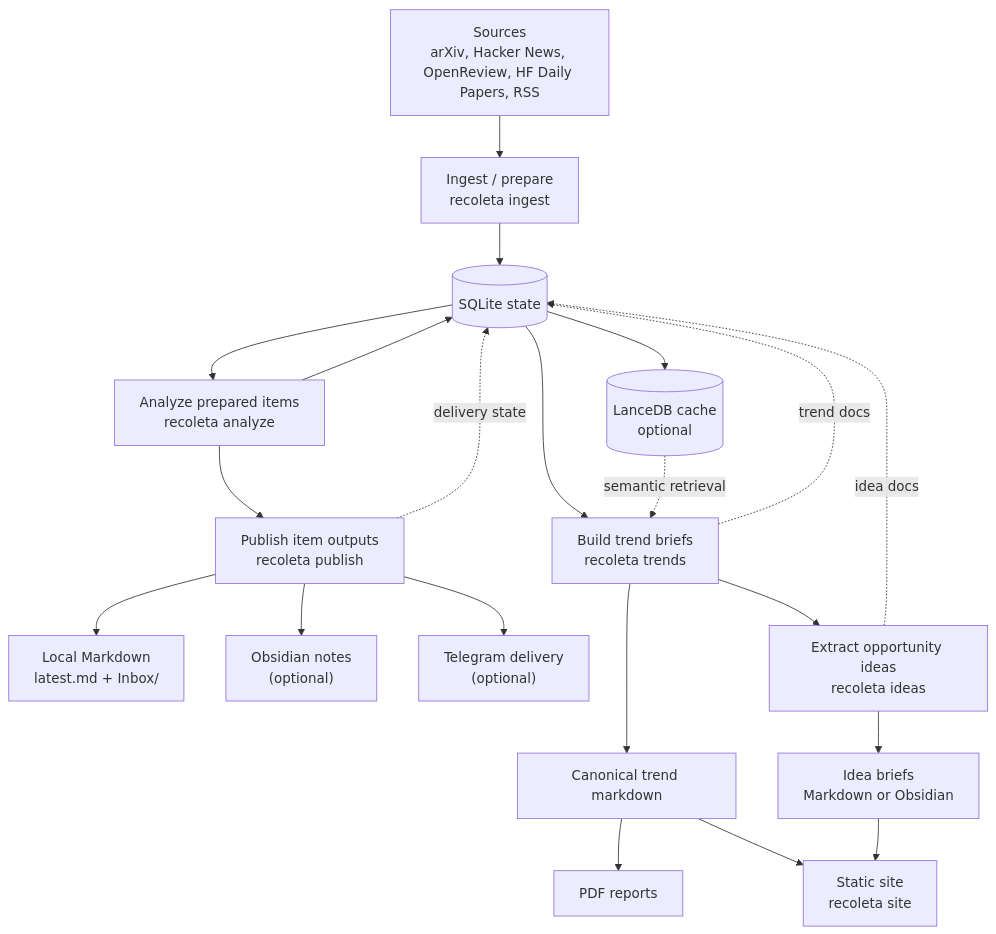
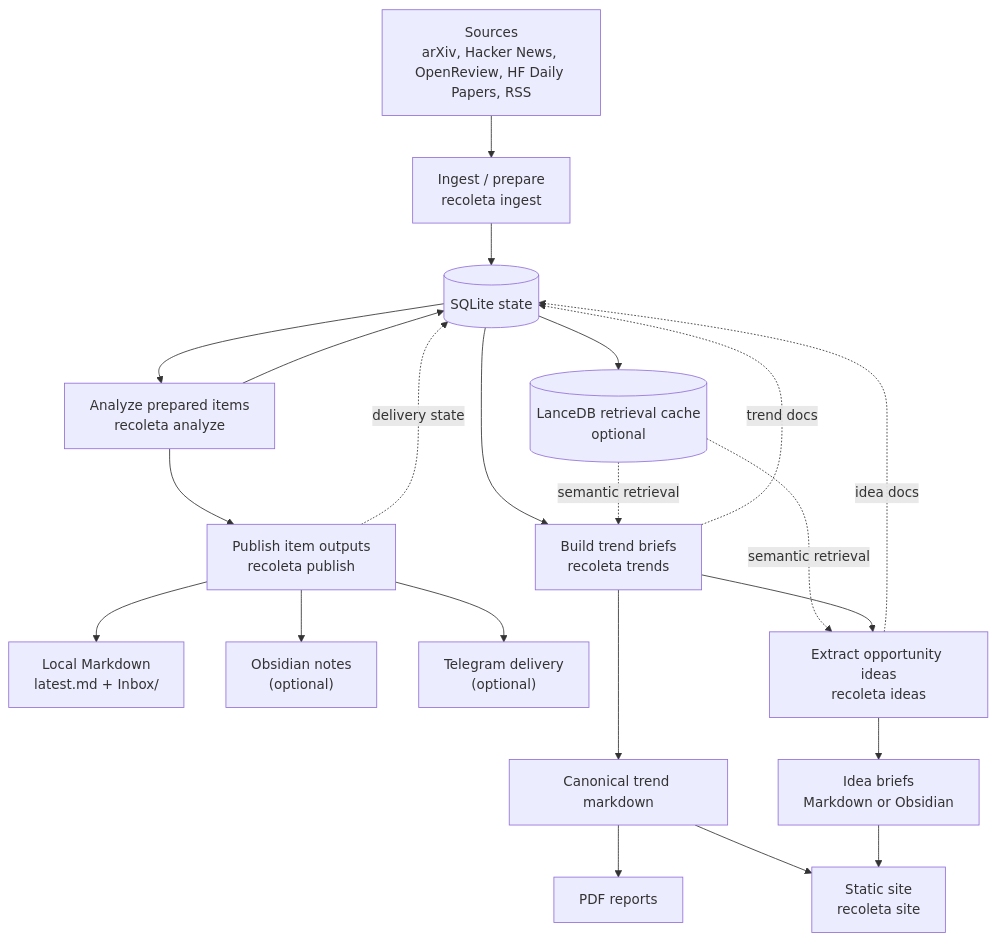
The diagram in README.md (NeapolitanIcecream/recoleta), drawn with Mermaid before and after one commit. The commit also changed other lines of this file, not shown here.

Commit message:
docs(readme): show ideas retrieval via lancedb

````diff
--- a/README.md
+++ b/README.md
@@ -46,27 +46,28 @@
 ```mermaid
 flowchart TB
   Sources["Sources<br/>arXiv, Hacker News, OpenReview, HF Daily Papers, RSS"] --> Ingest["Ingest / prepare<br/>recoleta ingest"]
   Ingest --> SQLite[(SQLite state)]
 
   SQLite --> Analyze["Analyze prepared items<br/>recoleta analyze"]
   Analyze --> SQLite
   Analyze --> Publish["Publish item outputs<br/>recoleta publish"]
   Publish -. delivery state .-> SQLite
 
   Publish --> Markdown["Local Markdown<br/>latest.md + Inbox/"]
   Publish --> Obsidian["Obsidian notes<br/>(optional)"]
   Publish --> Telegram["Telegram delivery<br/>(optional)"]
 
   SQLite --> Trends["Build trend briefs<br/>recoleta trends"]
-  SQLite --> LanceDB[(LanceDB cache<br/>optional)]
+  SQLite --> LanceDB[(LanceDB retrieval cache<br/>optional)]
   LanceDB -. semantic retrieval .-> Trends
+  LanceDB -. semantic retrieval .-> Ideas
   Trends -. trend docs .-> SQLite
 
   Trends --> TrendMarkdown["Canonical trend markdown"]
   Trends --> Ideas["Extract opportunity ideas<br/>recoleta ideas"]
   Ideas -. idea docs .-> SQLite
   Ideas --> IdeaMarkdown["Idea briefs<br/>Markdown or Obsidian"]
   TrendMarkdown --> PDF["PDF reports"]
   TrendMarkdown --> Site["Static site<br/>recoleta site"]
   IdeaMarkdown --> Site
 ```
````
